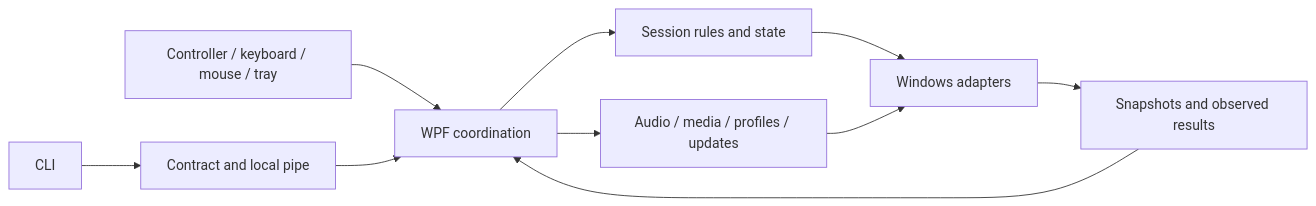
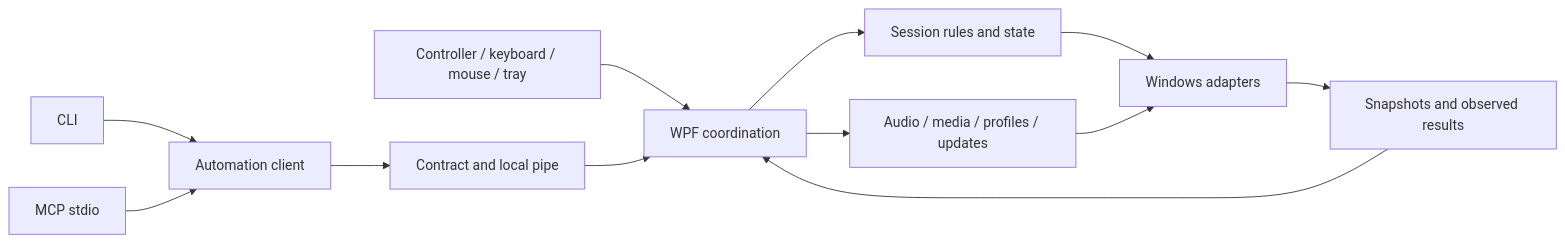
One commit to bezoro/game-session-overlay changed the diagram in docs/architecture.md. Above: the diagram before and after it, drawn with Mermaid. The commit also changed other lines of this file and 31 other files, not shown here.

First line of the commit message:
feat(automation): add a local MCP server and session commands (#20)

````diff
--- a/docs/architecture.md
+++ b/docs/architecture.md
@@ -24,12 +24,14 @@
 ```mermaid
 flowchart LR
     Input[Controller / keyboard / mouse / tray] --> UI[WPF coordination]
-    CLI[CLI] --> Pipe[Contract and local pipe]
+    CLI[CLI] --> Client[Automation client]
+    MCP[MCP stdio] --> Client
+    Client --> Pipe[Contract and local pipe]
     Pipe --> UI
     UI --> Policy[Session rules and state]
     UI --> Services[Audio / media / profiles / updates]
     Policy --> Native[Windows adapters]
     Services --> Native
     Native --> Snapshot[Snapshots and observed results]
     Snapshot --> UI
 ```
````
